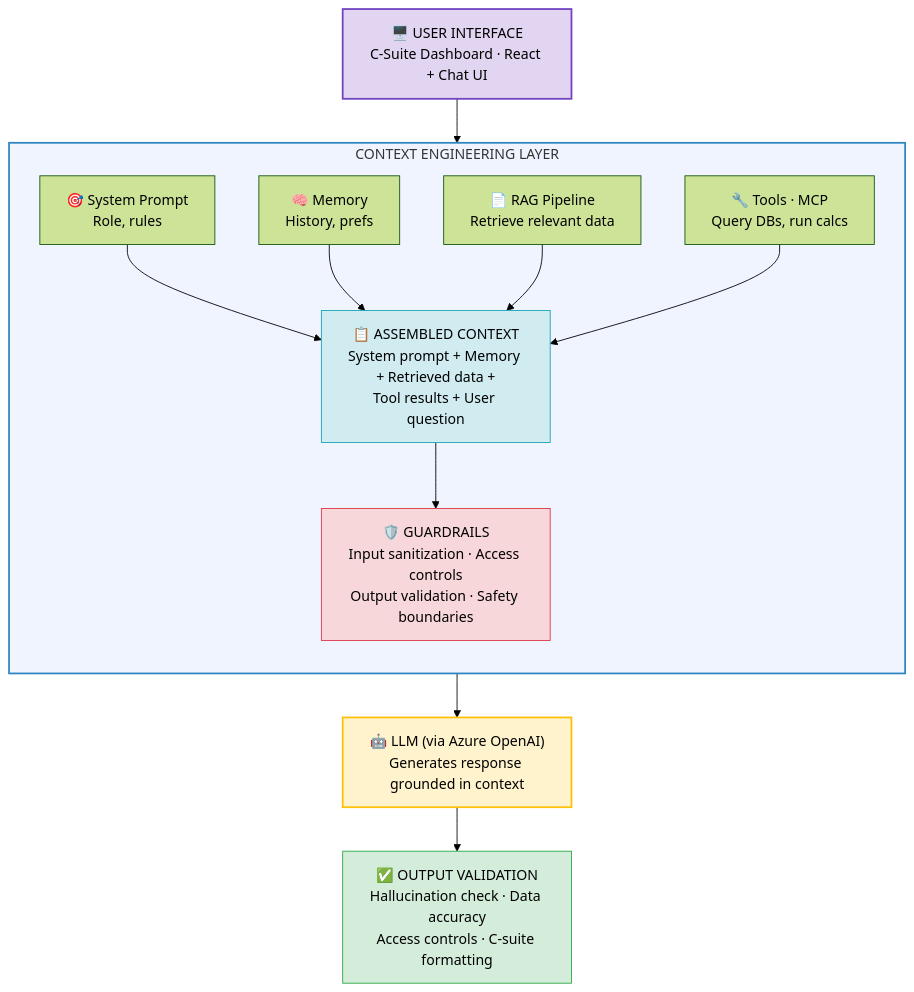
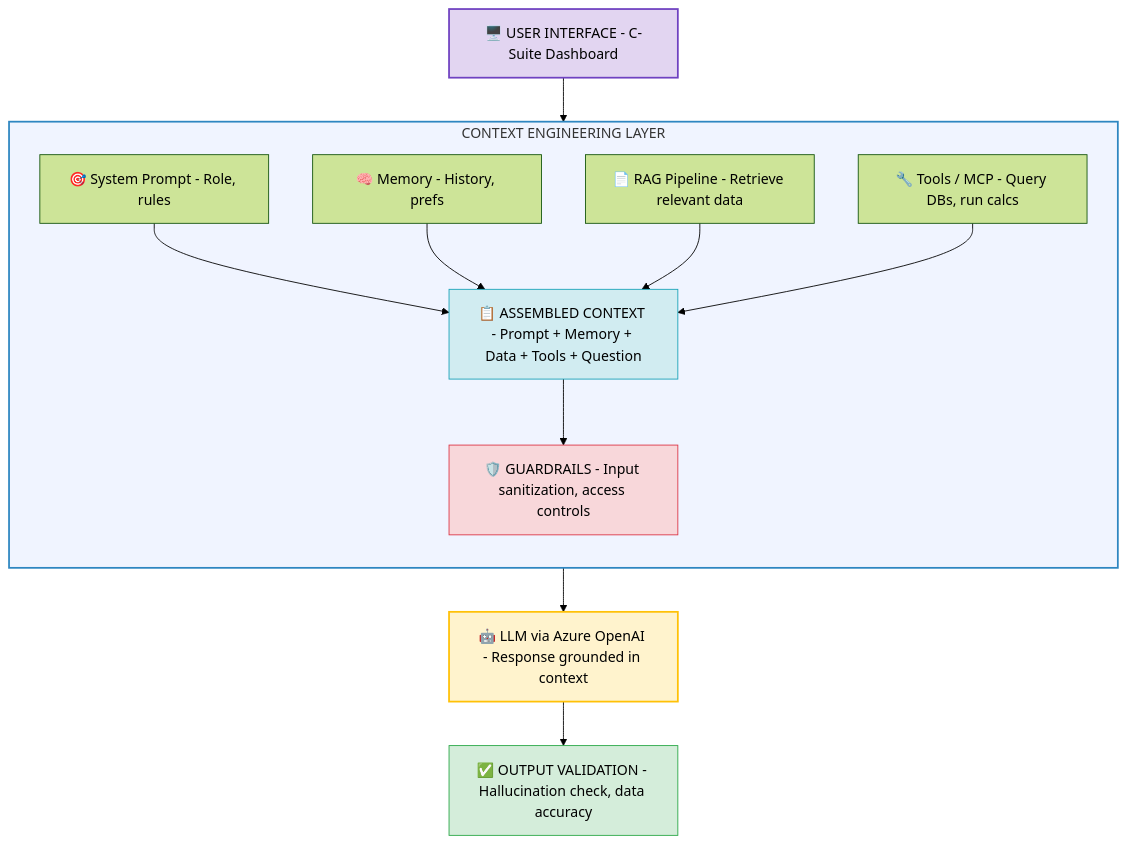
One commit to ithinktavo/GenAI-Engineering-Handbook changed the fourth of 4 diagrams in docs/01-prompt-engineering-to-context-engineering.md. Above: the diagram before and after it, drawn with Mermaid (forest theme). The commit also changed other lines of this file and 9 other files, not shown here.

First line of the commit message:
Fix Mermaid rendering: remove emoji from subgraph titles and unsupported syntax

````diff
--- a/docs/01-prompt-engineering-to-context-engineering.md
+++ b/docs/01-prompt-engineering-to-context-engineering.md
@@ -519,32 +519,32 @@
 ```mermaid
 graph TD
-    UI["🖥️ USER INTERFACE\nC-Suite Dashboard · React + Chat UI"]
+    UI["🖥️ USER INTERFACE - C-Suite Dashboard"]
 
     UI --> CEL
 
     subgraph CEL["CONTEXT ENGINEERING LAYER"]
         direction TB
-        SP["🎯 System Prompt\nRole, rules"]
-        MEM["🧠 Memory\nHistory, prefs"]
-        RAGP["📄 RAG Pipeline\nRetrieve relevant data"]
-        MCP["🔧 Tools · MCP\nQuery DBs, run calcs"]
+        SP["🎯 System Prompt - Role, rules"]
+        MEM["🧠 Memory - History, prefs"]
+        RAGP["📄 RAG Pipeline - Retrieve relevant data"]
+        MCP["🔧 Tools / MCP - Query DBs, run calcs"]
 
         SP --> ASM
         MEM --> ASM
         RAGP --> ASM
         MCP --> ASM
 
-        ASM["📋 ASSEMBLED CONTEXT\nSystem prompt + Memory + Retrieved data +\nTool results + User question"]
-        ASM --> GR["🛡️ GUARDRAILS\nInput sanitization · Access controls\nOutput validation · Safety boundaries"]
+        ASM["📋 ASSEMBLED CONTEXT - Prompt + Memory + Data + Tools + Question"]
+        ASM --> GR["🛡️ GUARDRAILS - Input sanitization, access controls"]
     end
 
-    GR --> LLM["🤖 LLM (via Azure OpenAI)\nGenerates response grounded in context"]
-    LLM --> OUT["✅ OUTPUT VALIDATION\nHallucination check · Data accuracy\nAccess controls · C-suite formatting"]
+    GR --> LLM["🤖 LLM via Azure OpenAI - Response grounded in context"]
+    LLM --> OUT["✅ OUTPUT VALIDATION - Hallucination check, data accuracy"]
 
     style UI fill:#e2d5f1,stroke:#6f42c1,stroke-width:2px
     style CEL fill:#f0f4ff,stroke:#2E86C1,stroke-width:2px
     style ASM fill:#d1ecf1,stroke:#17a2b8
     style GR fill:#f8d7da,stroke:#dc3545
     style LLM fill:#fff3cd,stroke:#ffc107,stroke-width:2px
     style OUT fill:#d4edda,stroke:#28a745
 ```
````
